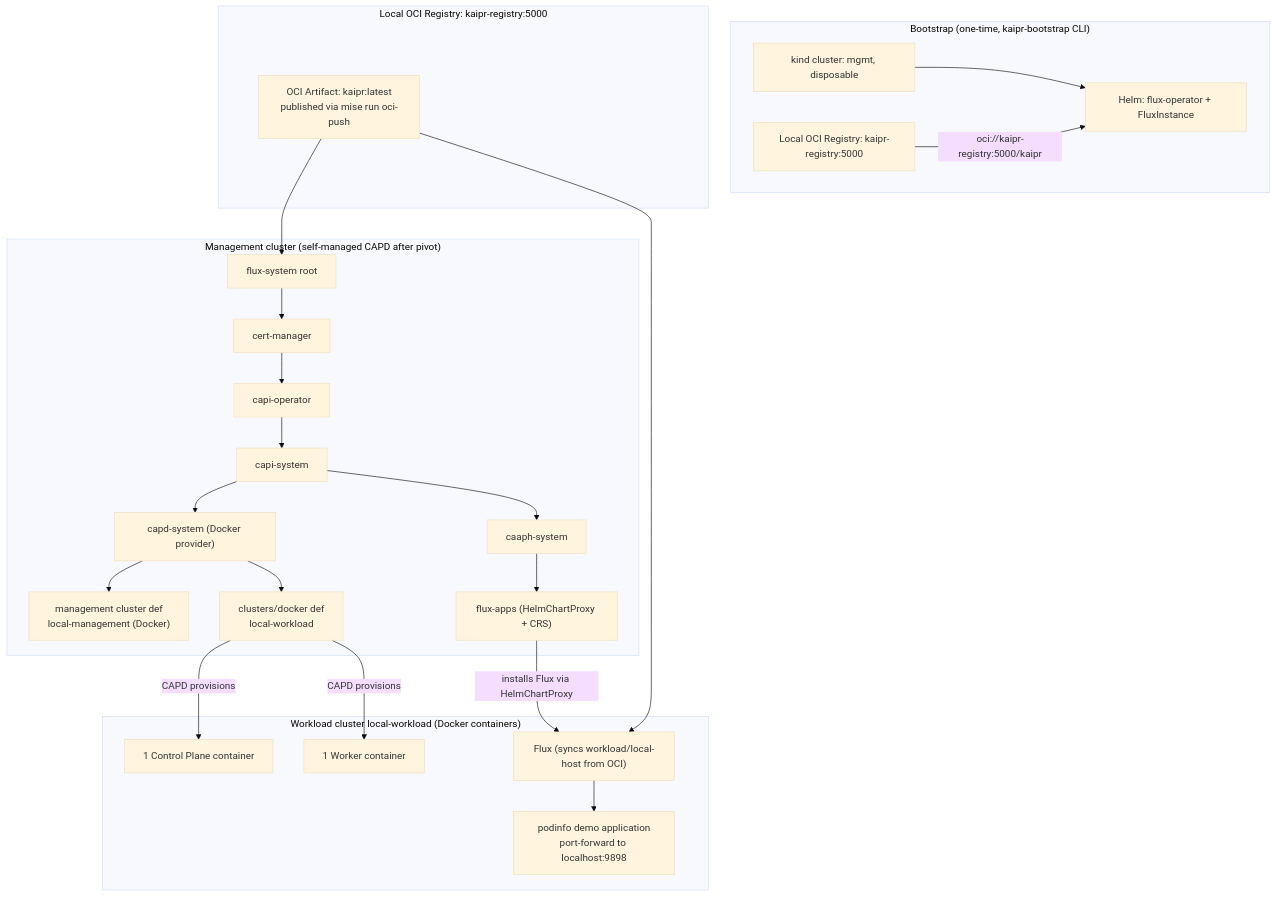
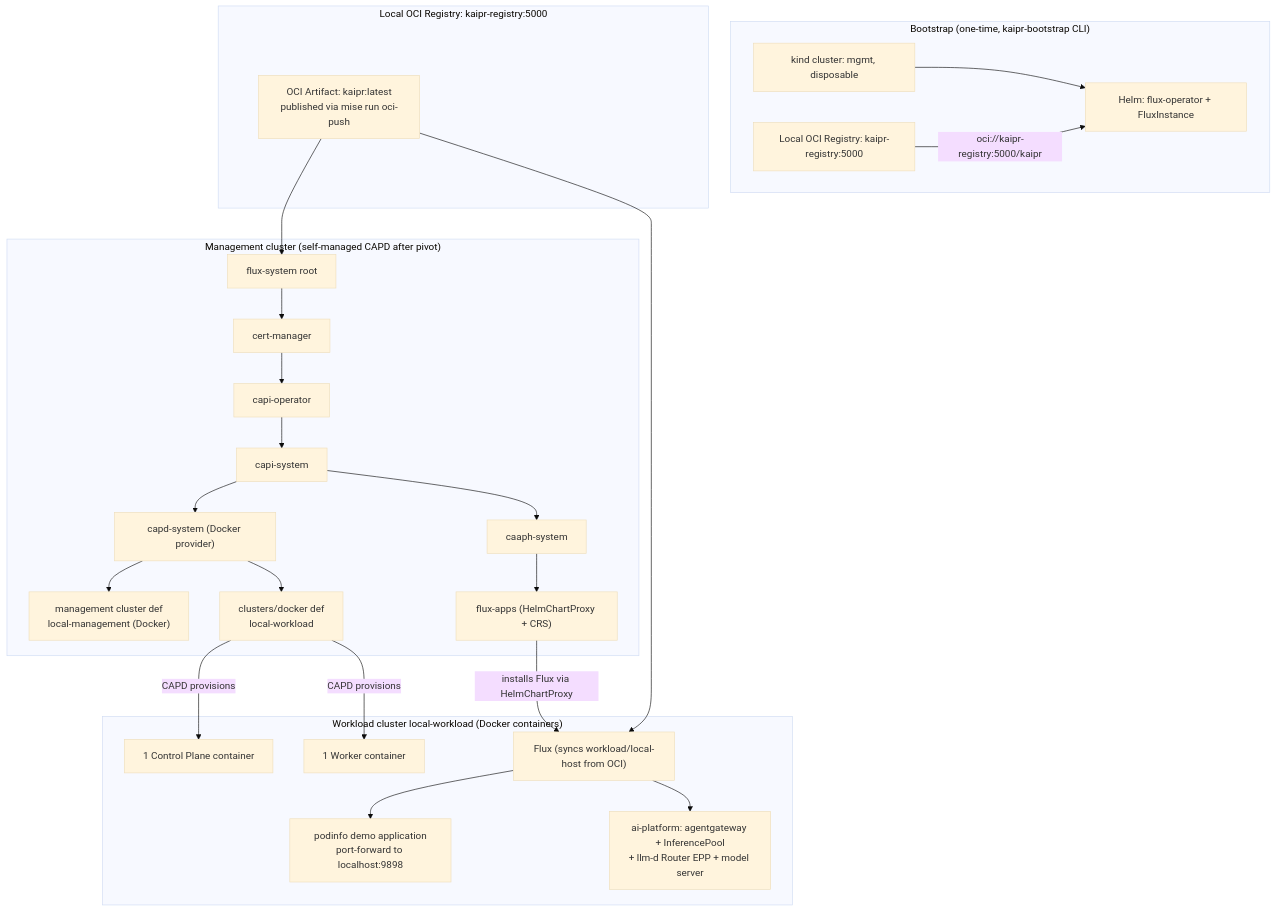
The diagram in docs/architecture.md (polarsquad/kaipr), drawn with Mermaid (base theme) before and after one commit. The commit also changed other lines of this file and 11 other files, not shown here.

````diff
--- a/docs/architecture.md
+++ b/docs/architecture.md
@@ -428,46 +35,48 @@
 ```mermaid
 flowchart TD
     subgraph bootstrap["Bootstrap (one-time, kaipr-bootstrap CLI)"]
         KIND[kind cluster: mgmt, disposable]
         REG["Local OCI Registry: kaipr-registry:5000"]
         HELM[Helm: flux-operator + FluxInstance]
         KIND --> HELM
         REG -->|oci://kaipr-registry:5000/kaipr| HELM
     end
 
     subgraph oci["Local OCI Registry: kaipr-registry:5000"]
         ARTIFACT["OCI Artifact: kaipr:latest<br/>published via mise run oci-push"]
     end
 
     subgraph mgmt["Management cluster (self-managed CAPD after pivot)"]
         FS[flux-system root]
         CM[cert-manager]
         CO[capi-operator]
         CAPIS[capi-system]
         CAPDS["capd-system (Docker provider)"]
         CAAPH[caaph-system]
         MGMT["management cluster def<br/>local-management (Docker)"]
         DOCKER["clusters/docker def<br/>local-workload"]
         FA["flux-apps (HelmChartProxy + CRS)"]
 
         FS --> CM --> CO --> CAPIS --> CAPDS
         CAPIS --> CAAPH --> FA
         CAPDS --> MGMT
         CAPDS --> DOCKER
     end
 
     ARTIFACT --> FS
 
     subgraph wl["Workload cluster local-workload (Docker containers)"]
         CP[1 Control Plane container]
         WORKER[1 Worker container]
         WF["Flux (syncs workload/local-host from OCI)"]
         APP["podinfo demo application<br/>port-forward to localhost:9898"]
+        AIP["ai-platform: agentgateway + InferencePool<br/>+ llm-d Router EPP + model server"]
         WF --> APP
+        WF --> AIP
     end
 
     DOCKER -->|CAPD provisions| CP
     DOCKER -->|CAPD provisions| WORKER
     FA -->|installs Flux via HelmChartProxy| WF
     ARTIFACT --> WF
 ```
````
